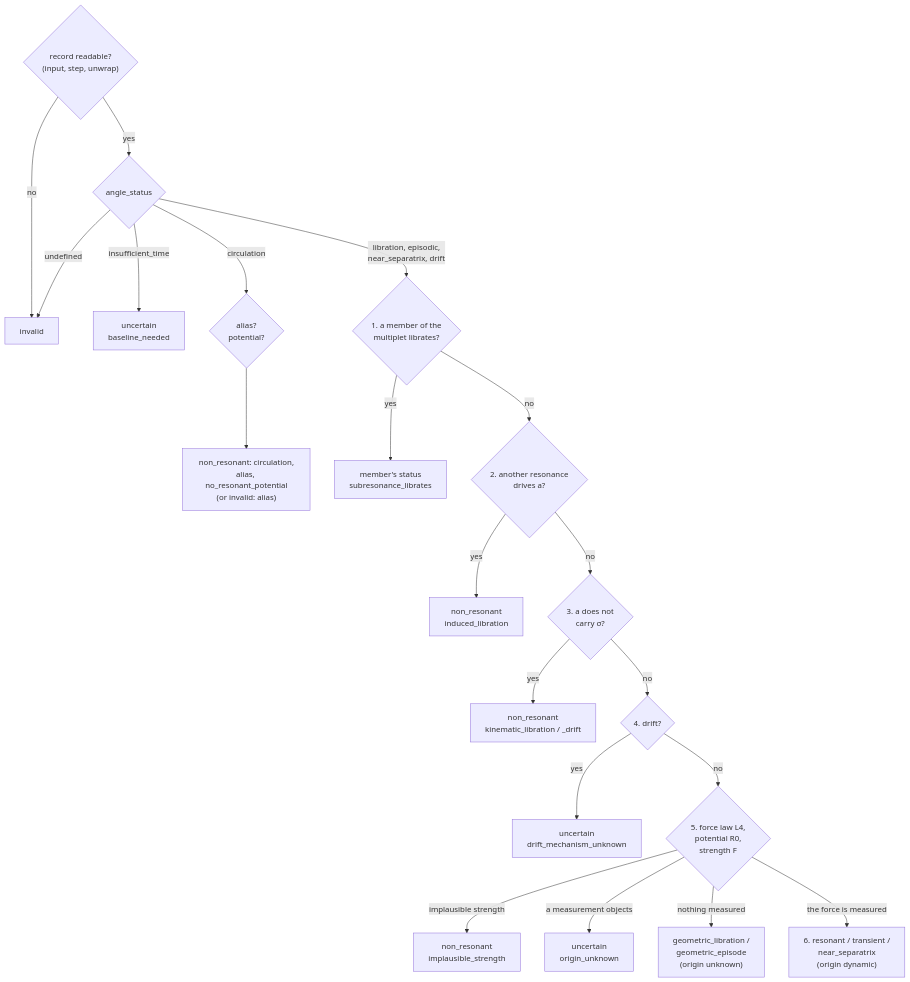
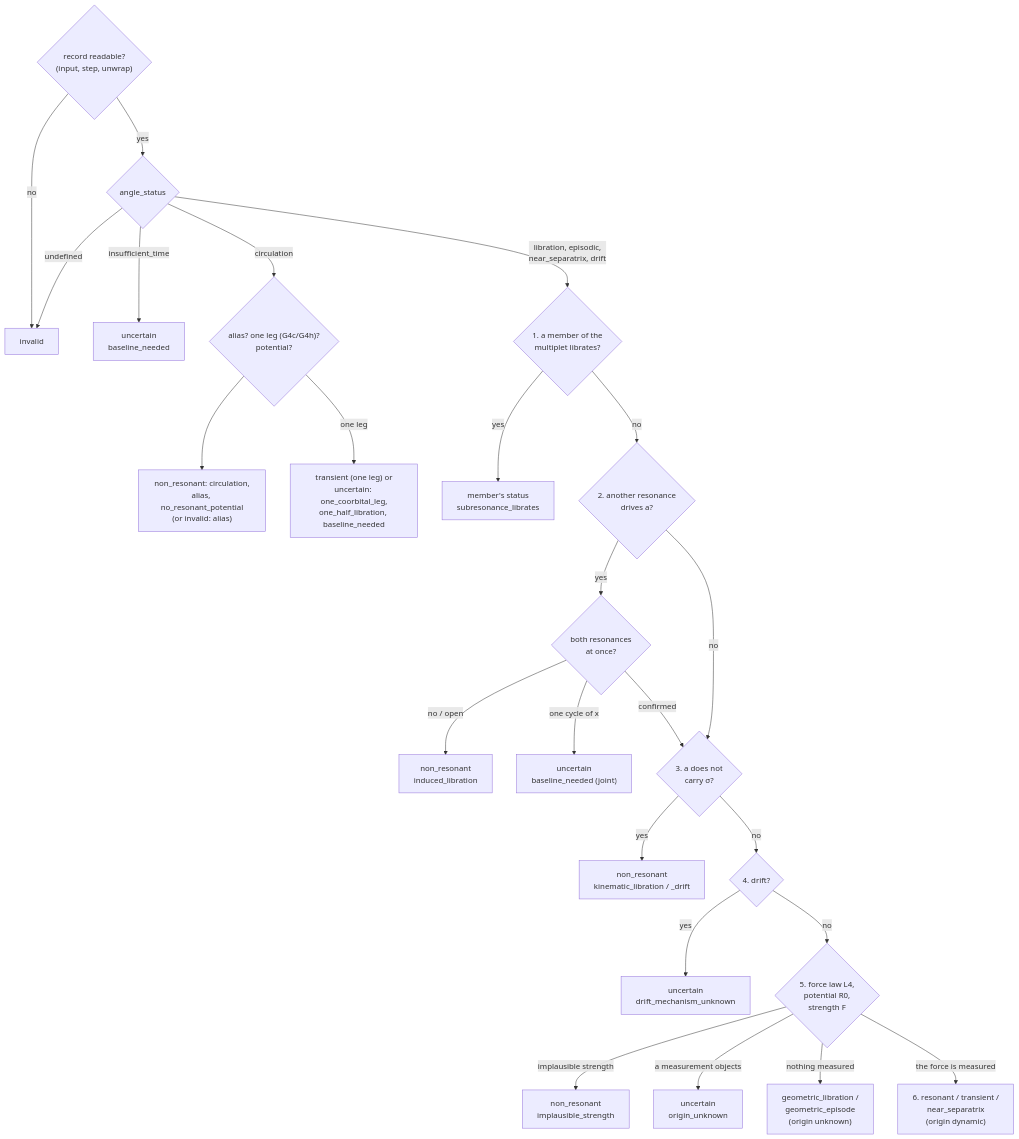
One commit to smirik/resonances changed the diagram in resonances/skills/resonances/references/physics/status-tree.md. Above: the diagram before and after it, drawn with Mermaid. The commit also changed other lines of this file and 250 other files, not shown here.

````diff
--- a/resonances/skills/resonances/references/physics/status-tree.md
+++ b/resonances/skills/resonances/references/physics/status-tree.md
@@ -20,22 +20,26 @@
 ```mermaid
 flowchart TD
     G0{"record readable?<br/>(input, step, unwrap)"} -->|no| INV[invalid]
     G0 -->|yes| T{angle_status}
     T -->|undefined| INV
     T -->|insufficient_time| BN["uncertain<br/>baseline_needed"]
-    T -->|circulation| C{"alias?<br/>potential?"}
+    T -->|circulation| C{"alias? one leg (G4c/G4h)?<br/>potential?"}
     C --> CIRC["non_resonant: circulation,<br/>alias, no_resonant_potential<br/>(or invalid: alias)"]
+    C -->|one leg| LEG["transient (one leg) or<br/>uncertain: one_coorbital_leg,<br/>one_half_libration, baseline_needed"]
     T -->|"libration, episodic,<br/>near_separatrix, drift"| S1{"1. a member of the<br/>multiplet librates?"}
     S1 -->|yes| SUB["member's status<br/>subresonance_librates"]
     S1 -->|no| S2{"2. another resonance<br/>drives a?"}
-    S2 -->|yes| IND["non_resonant<br/>induced_libration"]
+    S2 -->|yes| J{"both resonances<br/>at once?"}
+    J -->|"no / open"| IND["non_resonant<br/>induced_libration"]
+    J -->|"one cycle of x"| JU["uncertain<br/>baseline_needed (joint)"]
+    J -->|"confirmed"| S3
     S2 -->|no| S3{"3. a does not<br/>carry σ?"}
     S3 -->|yes| KIN["non_resonant<br/>kinematic_libration / _drift"]
     S3 -->|no| S4{"4. drift?"}
     S4 -->|yes| DR["uncertain<br/>drift_mechanism_unknown"]
     S4 -->|no| S5{"5. force law L4,<br/>potential R0,<br/>strength F"}
     S5 -->|"implausible strength"| IMP["non_resonant<br/>implausible_strength"]
     S5 -->|"a measurement objects"| UNK["uncertain<br/>origin_unknown"]
     S5 -->|"nothing measured"| GEO["geometric_libration /<br/>geometric_episode<br/>(origin unknown)"]
     S5 -->|"the force is measured"| DYN["6. resonant / transient /<br/>near_separatrix<br/>(origin dynamic)"]
 ```
````
